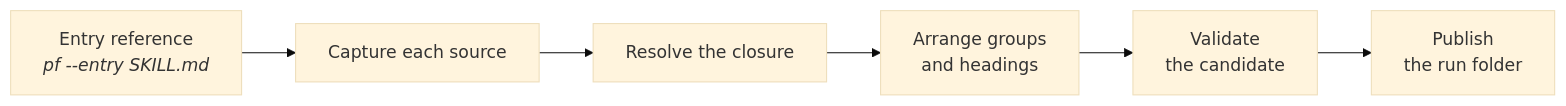
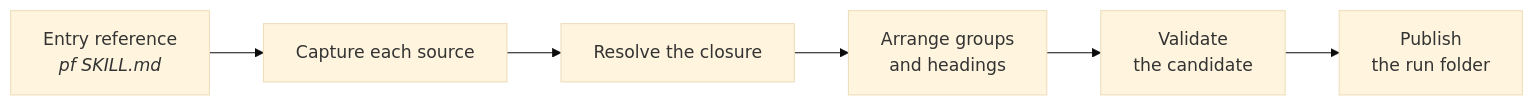
The first of 11 diagrams in docs/architecture.md (m2ux/prosiform), drawn with Mermaid (base theme) before and after one commit. The commit also changed 10 other files, not shown here.

````diff
--- a/docs/architecture.md
+++ b/docs/architecture.md
@@ -9,8 +9,8 @@
 ```mermaid
 flowchart LR
-  Entry["Entry reference<br/><i>pf --entry SKILL.md</i>"] --> Capture["Capture each source"]
+  Entry["Entry reference<br/><i>pf SKILL.md</i>"] --> Capture["Capture each source"]
   Capture --> Closure["Resolve the closure"]
   Closure --> Arrange["Arrange groups<br/>and headings"]
   Arrange --> Validate["Validate<br/>the candidate"]
   Validate --> Publish["Publish<br/>the run folder"]
 ```
````
